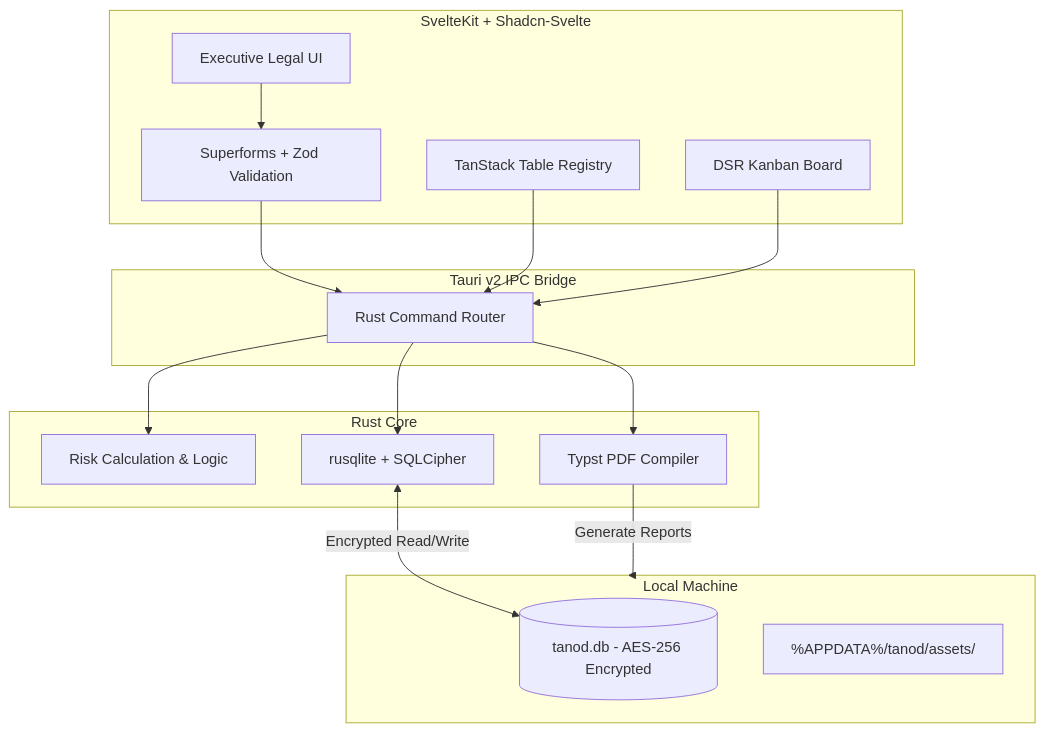
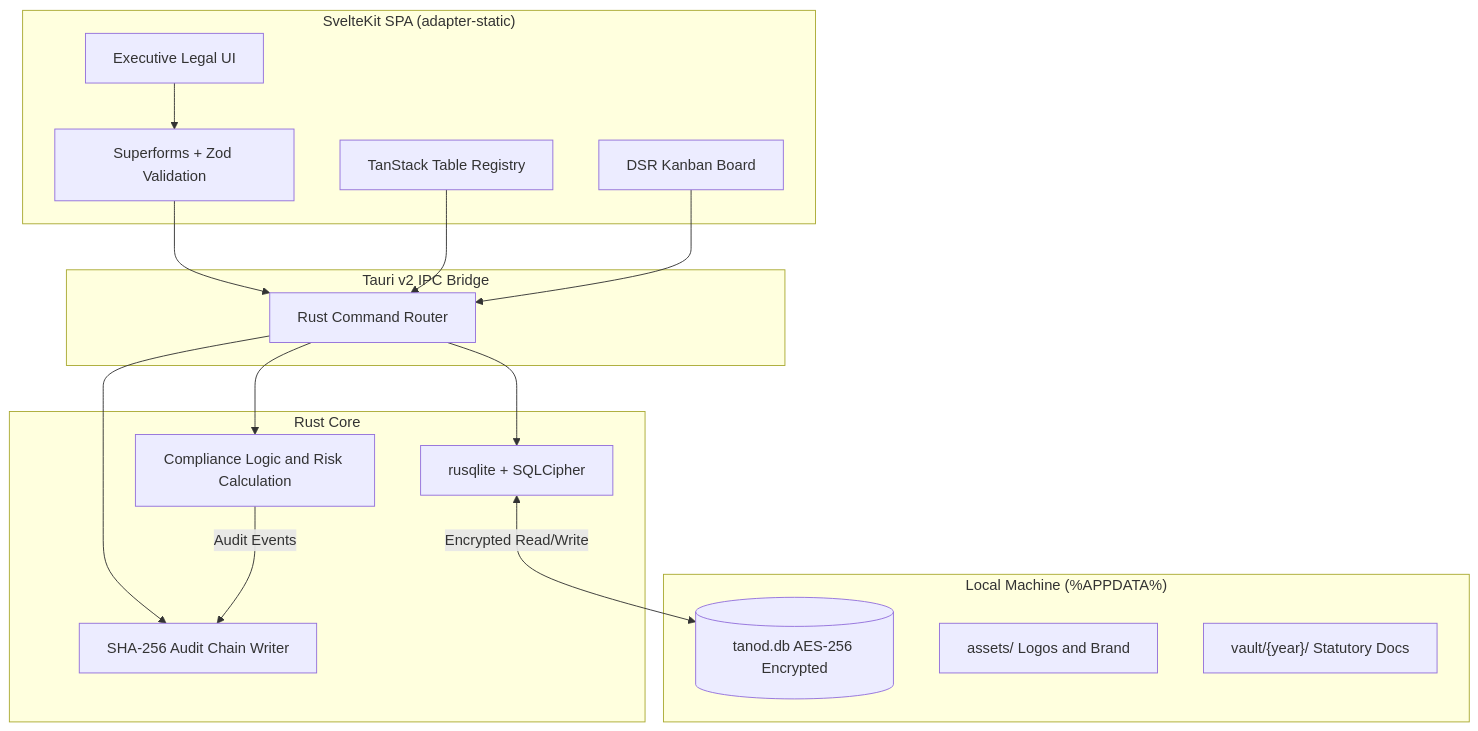
One commit to tildemark/tanod changed the diagram in README.md. Above: the diagram before and after it, drawn with Mermaid. The commit also changed other lines of this file and 25 other files, not shown here.

````diff
--- a/README.md
+++ b/README.md
@@ -97,34 +119,34 @@
 ```mermaid
 graph TD
-    subgraph Frontend [SvelteKit + Shadcn-Svelte]
+    subgraph Frontend ["SvelteKit SPA (adapter-static)"]
         UI[Executive Legal UI]
         Forms[Superforms + Zod Validation]
         Tables[TanStack Table Registry]
         Board[DSR Kanban Board]
     end
 
     subgraph Bridge [Tauri v2 IPC Bridge]
         IPC[Rust Command Router]
     end
 
     subgraph Backend [Rust Core]
-        Engine[Risk Calculation & Logic]
-        PDF[Typst PDF Compiler]
+        Engine[Compliance Logic and Risk Calculation]
+        Audit[SHA-256 Audit Chain Writer]
         DBDriver[rusqlite + SQLCipher]
     end
 
-    subgraph Storage [Local Machine]
-        DB[(tanod.db - AES-256 Encrypted)]
-        Assets[%APPDATA%/tanod/assets/]
+    subgraph Storage ["Local Machine (%APPDATA%)"]
+        DB[(tanod.db AES-256 Encrypted)]
+        Assets[assets/ Logos and Brand]
+        Vault["vault/{year}/ Statutory Docs"]
     end
 
     UI --> Forms --> IPC
     Tables --> IPC
     Board --> IPC
     IPC --> Engine
+    IPC --> Audit
     IPC --> DBDriver
-    IPC --> PDF
     DBDriver <-->|Encrypted Read/Write| DB
-    PDF -->|Generate Reports| Storage
-
+    Engine -->|Audit Events| Audit
 ```
````
